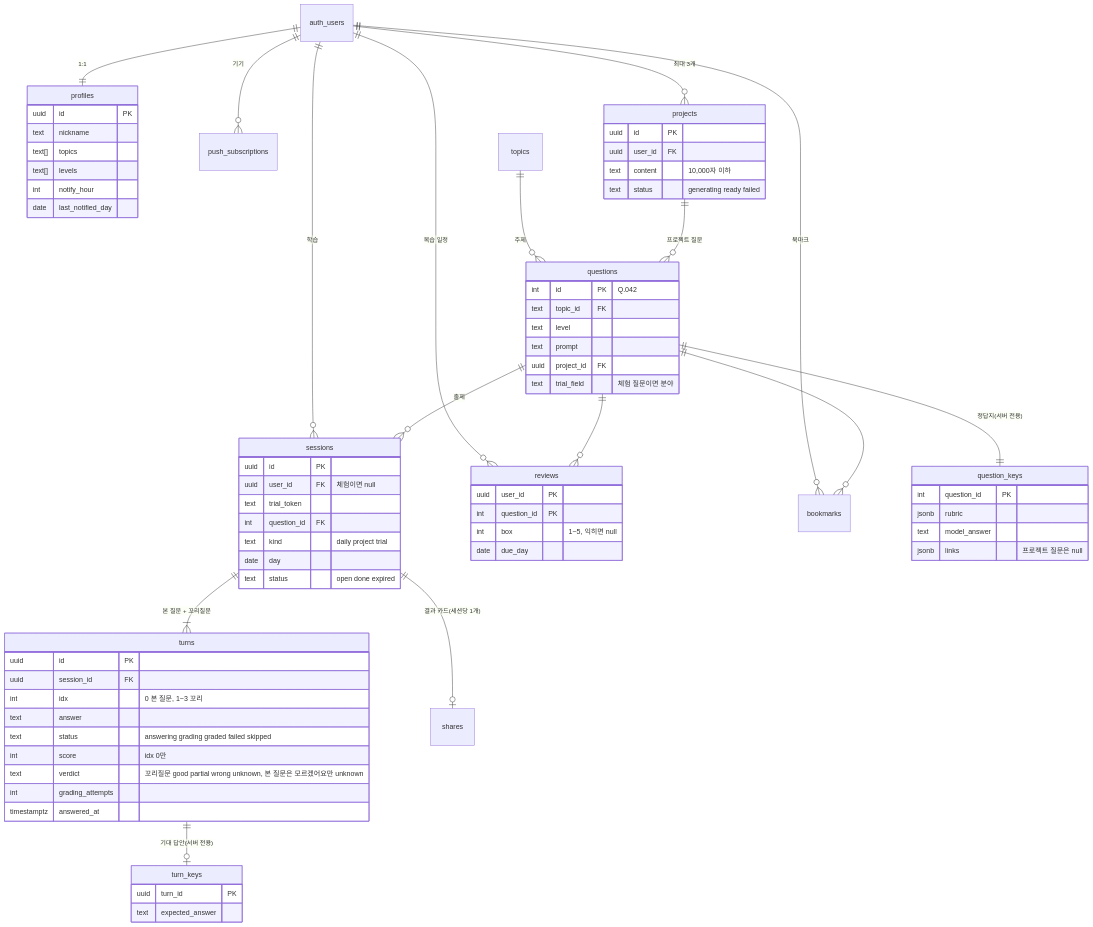
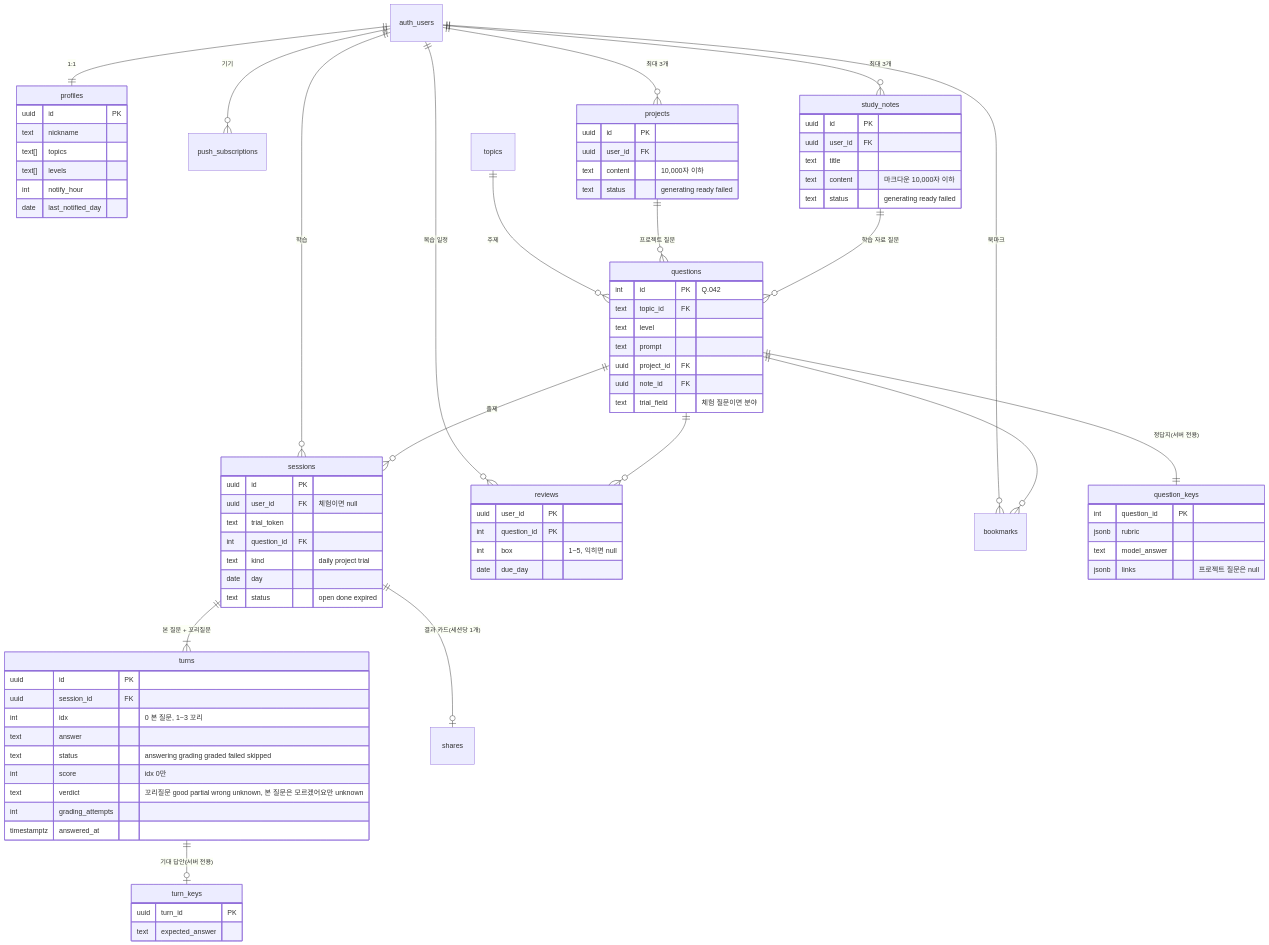
Before and after one commit to GREED-YI/tailq: the third of 3 diagrams in docs/08-architecture.md, drawn with Mermaid. The commit also changed other lines of this file and 2 other files, not shown here.

````diff
--- a/docs/08-architecture.md
+++ b/docs/08-architecture.md
@@ -211,11 +222,13 @@
   auth_users ||--|| profiles : "1:1"
   auth_users ||--o{ push_subscriptions : "기기"
   auth_users ||--o{ projects : "최대 3개"
+  auth_users ||--o{ study_notes : "최대 3개"
   auth_users ||--o{ sessions : "학습"
   auth_users ||--o{ reviews : "복습 일정"
   auth_users ||--o{ bookmarks : "북마크"
   topics ||--o{ questions : "주제"
   projects ||--o{ questions : "프로젝트 질문"
+  study_notes ||--o{ questions : "학습 자료 질문"
   questions ||--|| question_keys : "정답지(서버 전용)"
   questions ||--o{ sessions : "출제"
   questions ||--o{ reviews : ""
@@ -238,6 +251,7 @@
     text level
     text prompt
     uuid project_id FK
+    uuid note_id FK
     text trial_field "체험 질문이면 분야"
   }
   question_keys {
@@ -282,4 +296,11 @@
     text content "10,000자 이하"
     text status "generating ready failed"
   }
+  study_notes {
+    uuid id PK
+    uuid user_id FK
+    text title
+    text content "마크다운 10,000자 이하"
+    text status "generating ready failed"
+  }
 ```
````
